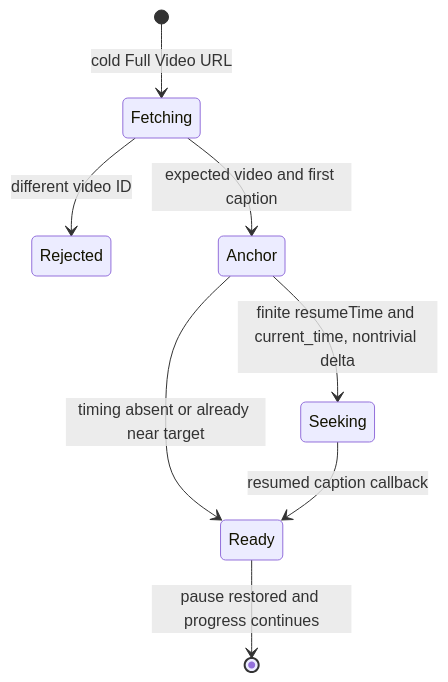
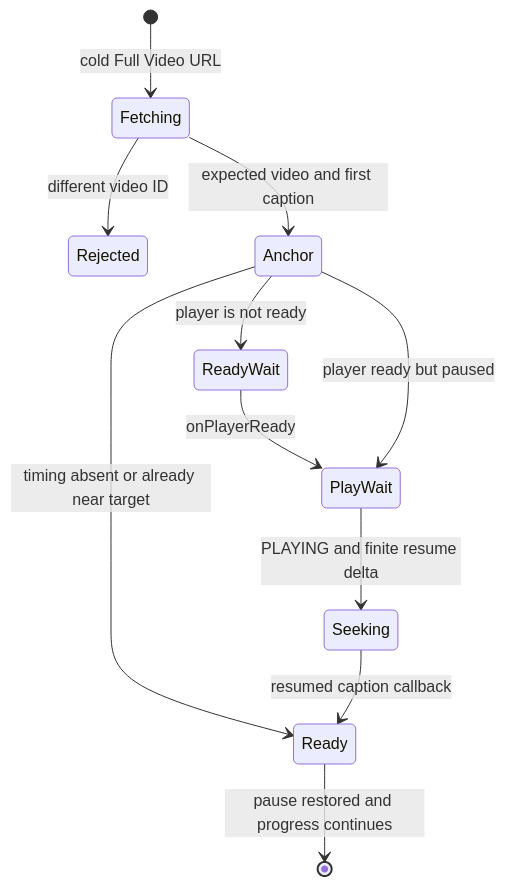
Before and after one commit to koreyba/ListenToLearn: the second of 2 diagrams in docs/ai/design/2026-08-27-feature-youglish-video-restore-anchor.md, drawn with Mermaid. The commit also changed other lines of this file and 6 other files, not shown here.

First line of the commit message:
fix(videos): wait for YouGlish player before resume

````diff
--- a/docs/ai/design/2026-08-27-feature-youglish-video-restore-anchor.md
+++ b/docs/ai/design/2026-08-27-feature-youglish-video-restore-anchor.md
@@ -78,10 +84,13 @@
 ```mermaid
 stateDiagram-v2
   [*] --> Fetching: cold Full Video URL
   Fetching --> Rejected: different video ID
   Fetching --> Anchor: expected video and first caption
-  Anchor --> Seeking: finite resumeTime and current_time, nontrivial delta
+  Anchor --> ReadyWait: player is not ready
+  ReadyWait --> PlayWait: onPlayerReady
+  Anchor --> PlayWait: player ready but paused
+  PlayWait --> Seeking: PLAYING and finite resume delta
   Anchor --> Ready: timing absent or already near target
   Seeking --> Ready: resumed caption callback
   Ready --> [*]: pause restored and progress continues
 ```
````
